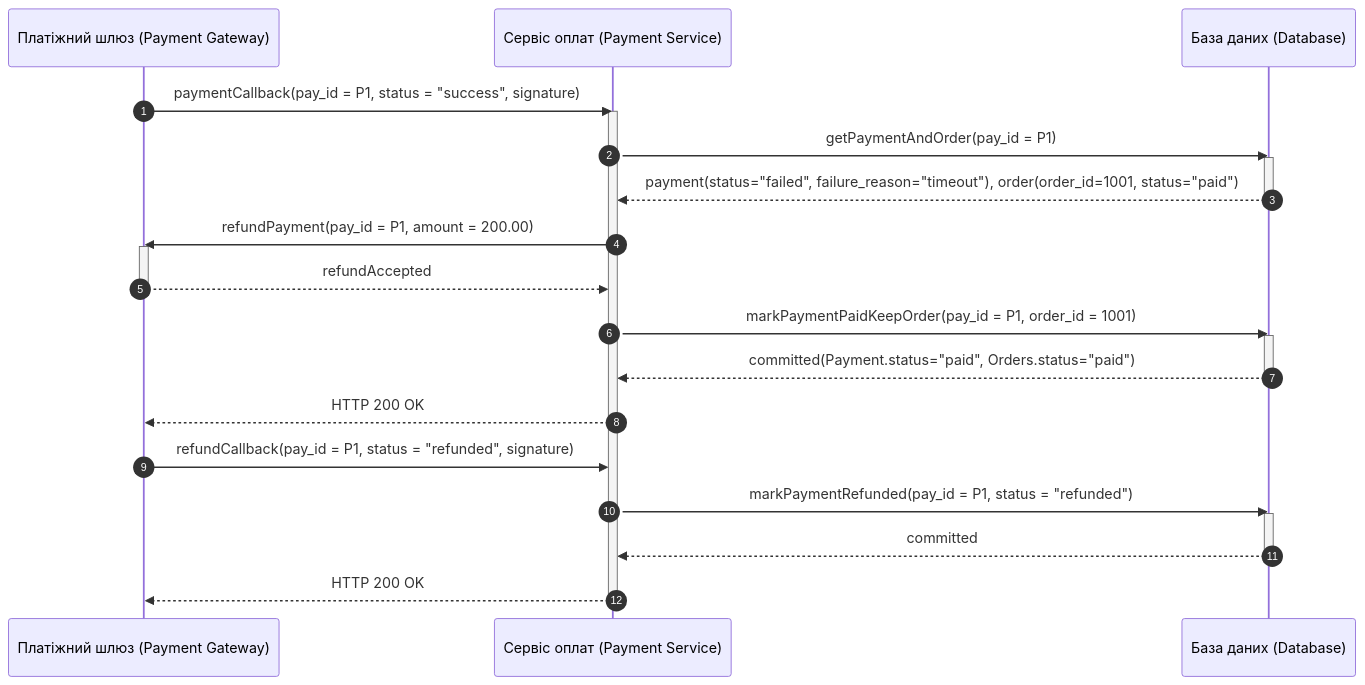
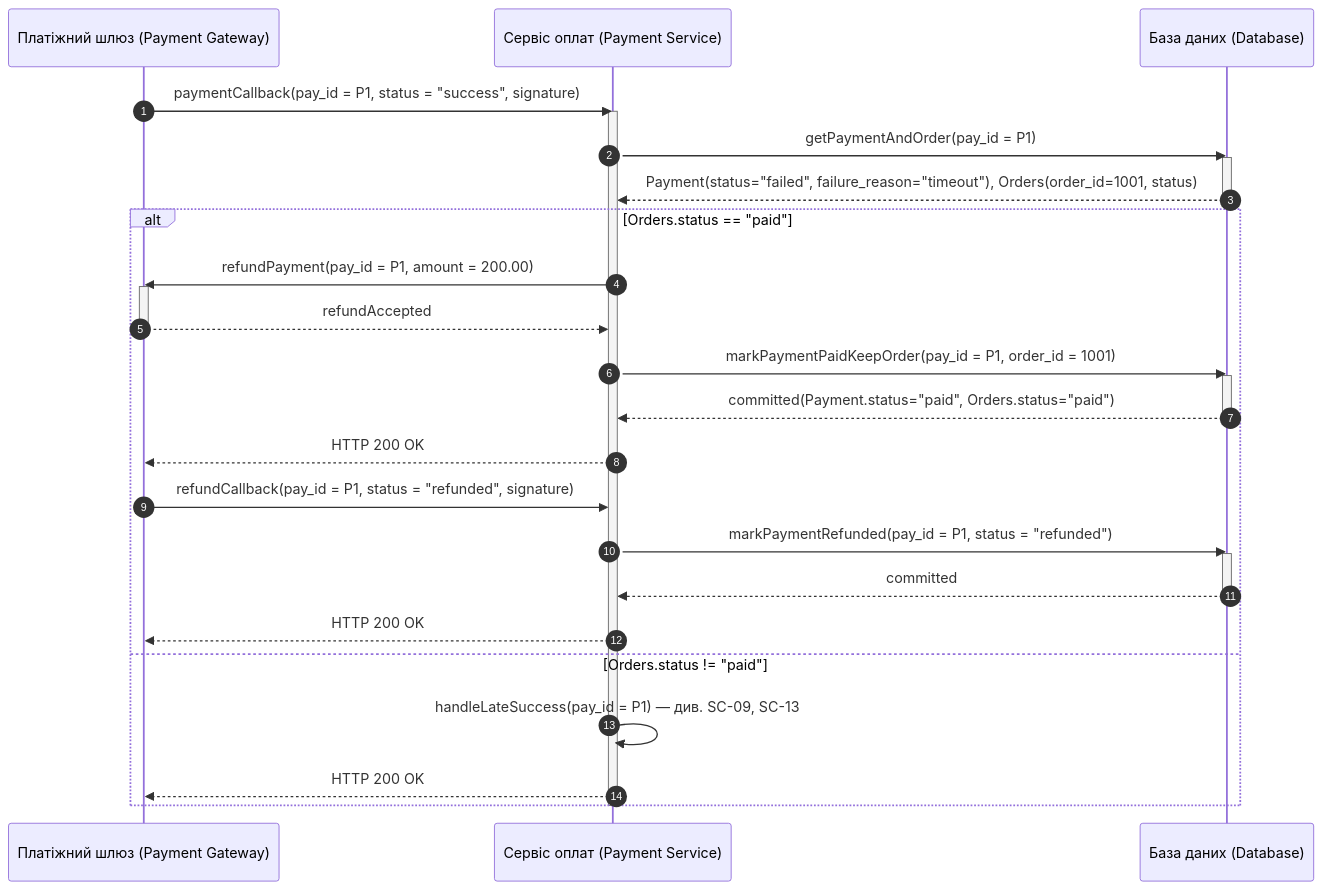
Before and after one commit to hutnichs/KPI_MAVPZ: diagram 12 of 15 in Lab3/diagram.md, drawn with Mermaid. The commit also changed other lines of this file, not shown here.

Commit message:
Refactor payment flow and update details

````diff
--- a/Lab3/diagram.md
+++ b/Lab3/diagram.md
@@ -351,33 +397,38 @@
 ```mermaid
 sequenceDiagram
     autonumber
     participant PGW as Платіжний шлюз (Payment Gateway)
     participant PS as Сервіс оплат (Payment Service)
     participant DB as База даних (Database)
 
     PGW->>PS: paymentCallback(pay_id = P1, status = "success", signature)
     activate PS
     PS->>DB: getPaymentAndOrder(pay_id = P1)
     activate DB
-    DB-->>PS: payment(status="failed", failure_reason="timeout"), order(order_id=1001, status="paid")
+    DB-->>PS: Payment(status="failed", failure_reason="timeout"), Orders(order_id=1001, status)
     deactivate DB
 
-    PS->>PGW: refundPayment(pay_id = P1, amount = 200.00)
-    activate PGW
-    PGW-->>PS: refundAccepted
-    deactivate PGW
+    alt Orders.status == "paid"
+        PS->>PGW: refundPayment(pay_id = P1, amount = 200.00)
+        activate PGW
+        PGW-->>PS: refundAccepted
+        deactivate PGW
 
-    PS->>DB: markPaymentPaidKeepOrder(pay_id = P1, order_id = 1001)
-    activate DB
-    DB-->>PS: committed(Payment.status="paid", Orders.status="paid")
-    deactivate DB
-    PS-->>PGW: HTTP 200 OK
+        PS->>DB: markPaymentPaidKeepOrder(pay_id = P1, order_id = 1001)
+        activate DB
+        DB-->>PS: committed(Payment.status="paid", Orders.status="paid")
+        deactivate DB
+        PS-->>PGW: HTTP 200 OK
 
-    PGW->>PS: refundCallback(pay_id = P1, status = "refunded", signature)
-    PS->>DB: markPaymentRefunded(pay_id = P1, status = "refunded")
-    activate DB
-    DB-->>PS: committed
-    deactivate DB
-    PS-->>PGW: HTTP 200 OK
+        PGW->>PS: refundCallback(pay_id = P1, status = "refunded", signature)
+        PS->>DB: markPaymentRefunded(pay_id = P1, status = "refunded")
+        activate DB
+        DB-->>PS: committed
+        deactivate DB
+        PS-->>PGW: HTTP 200 OK
+    else Orders.status != "paid"
+        PS->>PS: handleLateSuccess(pay_id = P1) — див. SC-09, SC-13
+        PS-->>PGW: HTTP 200 OK
+    end
     deactivate PS
 ```
````
